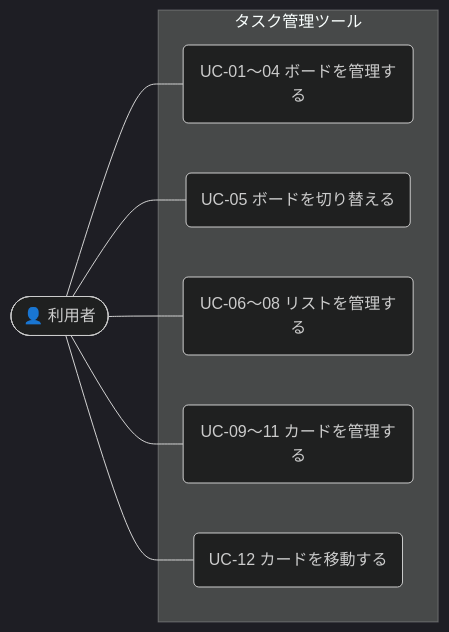
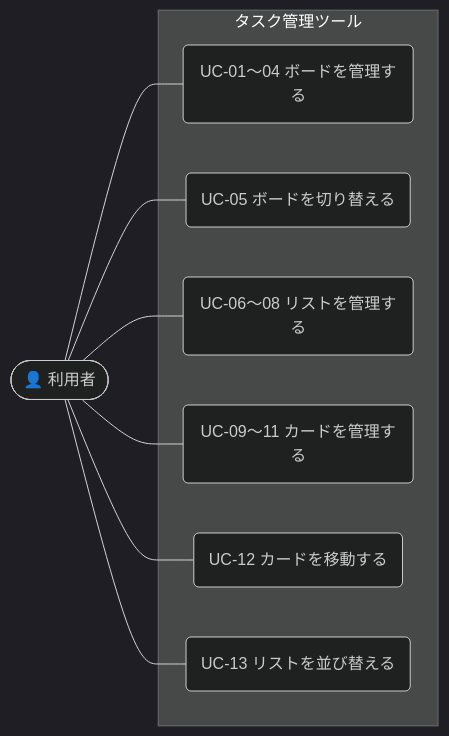
The diagram in 01-1_ユースケース.md (major182/TaskManegementTool), drawn with Mermaid (dark theme) before and after one commit. The commit also changed other lines of this file and 4 other files, not shown here.

````diff
--- a/01-1_ユースケース.md
+++ b/01-1_ユースケース.md
@@ -41,18 +42,20 @@
 ```mermaid
 flowchart LR
     U(["👤 利用者"])
 
     subgraph APP["タスク管理ツール"]
         UC0104("UC-01〜04 ボードを管理する")
         UC05("UC-05 ボードを切り替える")
         UC0608("UC-06〜08 リストを管理する")
         UC0911("UC-09〜11 カードを管理する")
         UC12("UC-12 カードを移動する")
+        UC13("UC-13 リストを並び替える")
     end
 
     U --- UC0104
     U --- UC05
     U --- UC0608
     U --- UC0911
     U --- UC12
+    U --- UC13
 ```
````
